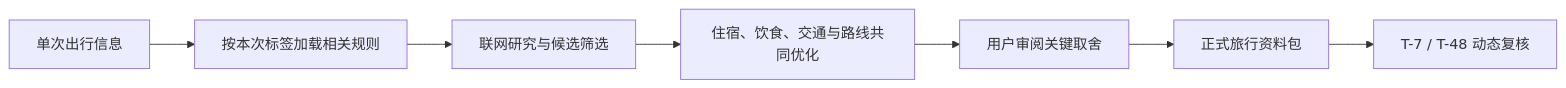
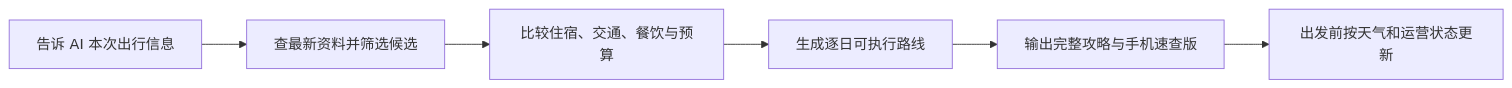
Before and after one commit to Lukala23/ai-travel-planning-kit: the diagram in README.md, drawn with Mermaid. The commit also changed other lines of this file and 11 other files, not shown here.

````diff
--- a/README.md
+++ b/README.md
@@ -57,9 +27,8 @@
 ```mermaid
 flowchart LR
-    A["单次出行信息"] --> B["按本次标签加载相关规则"]
-    B --> C["联网研究与候选筛选"]
-    C --> D["住宿、饮食、交通与路线共同优化"]
-    D --> E["用户审阅关键取舍"]
-    E --> F["正式旅行资料包"]
-    F --> G["T-7 / T-48 动态复核"]
+    A["告诉 AI 本次出行信息"] --> B["查最新资料并筛选候选"]
+    B --> C["比较住宿、交通、餐饮与预算"]
+    C --> D["生成逐日可执行路线"]
+    D --> E["输出完整攻略与手机速查版"]
+    E --> F["出发前按天气和运营状态更新"]
 ```
````
